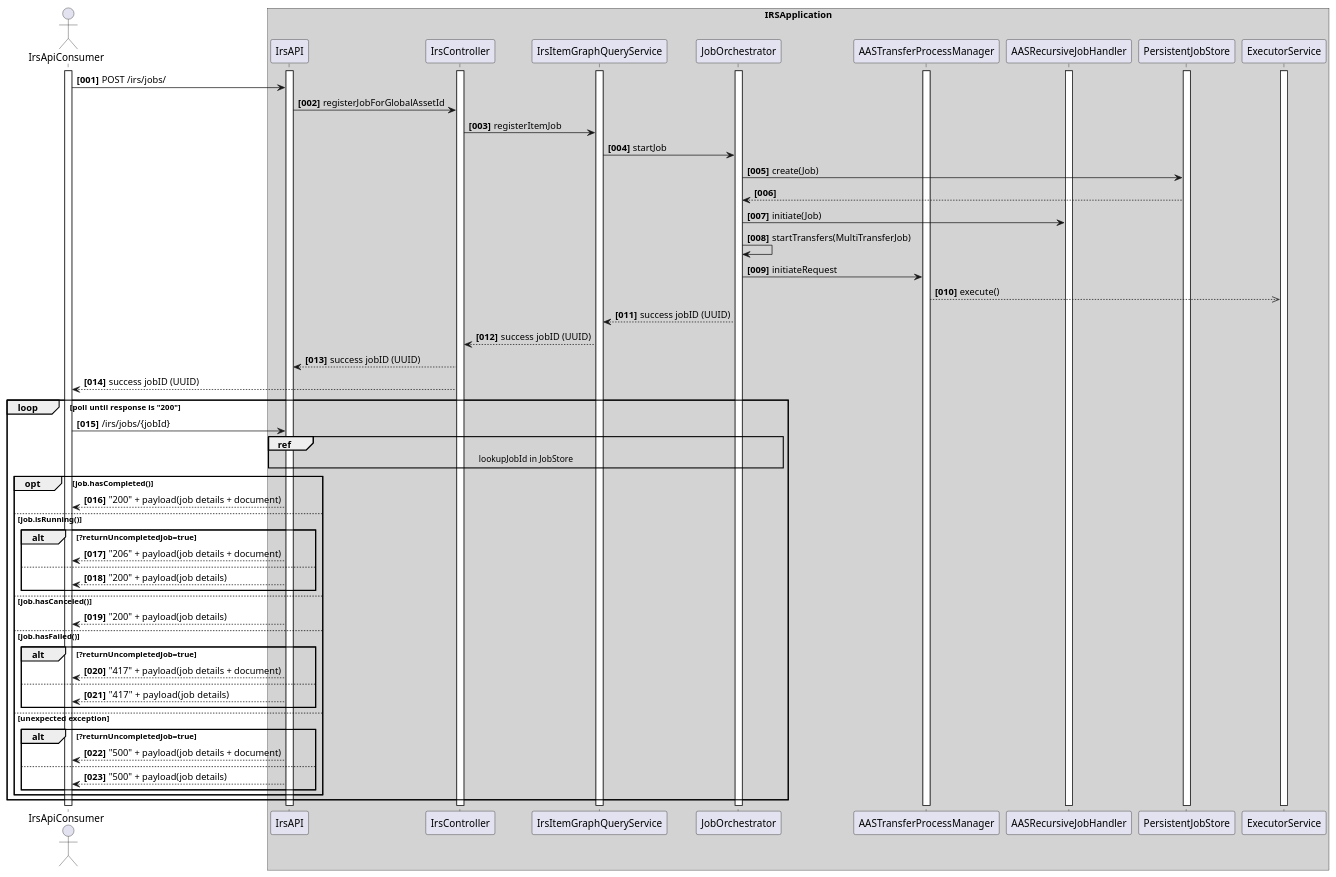
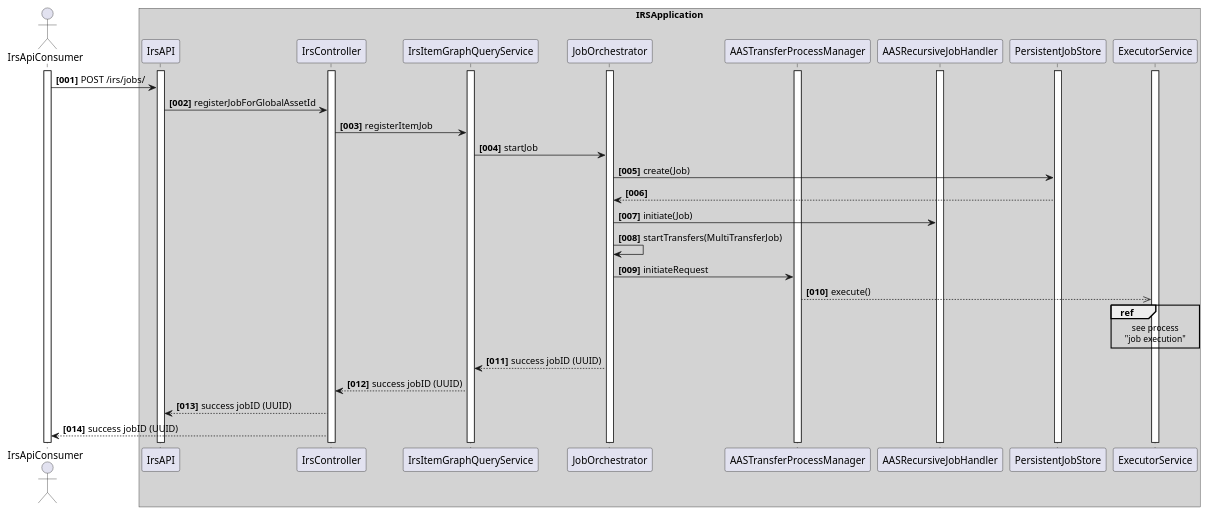
Before and after one commit to eclipse-tractusx/item-relationship-service: the diagram in uml-diagrams/runtime-view/create-job.puml, drawn with PlantUML.

Commit message:
docs(runtime):[TRI-394] Add review feedback

```diff
--- a/uml-diagrams/runtime-view/create-job.puml
+++ b/uml-diagrams/runtime-view/create-job.puml
@@ -1,75 +1,48 @@
 @startuml
 skinparam shadowing false
 autonumber "<b>[000]"
 
 actor IrsApiConsumer
 activate IrsApiConsumer
 
 
 box "IRSApplication" #LightGrey
 participant IrsAPI
 activate IrsAPI
 participant IrsController
 activate IrsController
 participant IrsItemGraphQueryService
 activate IrsItemGraphQueryService
 participant JobOrchestrator
 activate JobOrchestrator
 participant AASTransferProcessManager
 activate AASTransferProcessManager
 activate AASRecursiveJobHandler
 participant PersistentJobStore
 activate PersistentJobStore
 participant ExecutorService
 activate ExecutorService
 
 IrsApiConsumer -> IrsAPI : POST /irs/jobs/
 IrsAPI -> IrsController :  registerJobForGlobalAssetId
 IrsController -> IrsItemGraphQueryService :  registerItemJob
 IrsItemGraphQueryService -> JobOrchestrator: startJob
 JobOrchestrator -> PersistentJobStore: create(Job)
 JobOrchestrator <-- PersistentJobStore:
 
 JobOrchestrator -> AASRecursiveJobHandler: initiate(Job)
 JobOrchestrator -> JobOrchestrator: startTransfers(MultiTransferJob)
 JobOrchestrator -> AASTransferProcessManager : initiateRequest
 AASTransferProcessManager -->> ExecutorService : execute()
+ref over ExecutorService
+see process
+"job execution"
+end ref
 
 IrsItemGraphQueryService <-- JobOrchestrator : success jobID (UUID)
 IrsController <-- IrsItemGraphQueryService : success jobID (UUID)
 IrsAPI <-- IrsController : success jobID (UUID)
 IrsApiConsumer <-- IrsController : success jobID (UUID)
 
-loop poll until response is  "200"
-     IrsApiConsumer -> IrsAPI : /irs/jobs/{jobId}
-
-     ref over IrsAPI,  JobOrchestrator
-        lookupJobId in JobStore
-     end ref
-     opt job.hasCompleted()
-            IrsApiConsumer <-- IrsAPI : "200" + payload(job details + document)
-     else job.isRunning()
-           alt ?returnUncompletedJob=true
-             IrsApiConsumer <-- IrsAPI : "206" + payload(job details + document)
-           else
-             IrsApiConsumer <-- IrsAPI : "200" + payload(job details)
-            end alt
-     else job.hasCanceled()
-             IrsApiConsumer <-- IrsAPI : "200" + payload(job details)
-     else job.hasFailed()
-        alt ?returnUncompletedJob=true
-            IrsApiConsumer <-- IrsAPI : "417" + payload(job details + document)
-        else
-            IrsApiConsumer <-- IrsAPI : "417"  + payload(job details)
-        end alt
-      else  unexpected exception
-        alt ?returnUncompletedJob=true
-            IrsApiConsumer <-- IrsAPI : "500" + payload(job details + document)
-        else
-           IrsApiConsumer <-- IrsAPI : "500" + payload(job details)
-           end alt
-     end opt
-
-end loop
 
 @enduml
```
